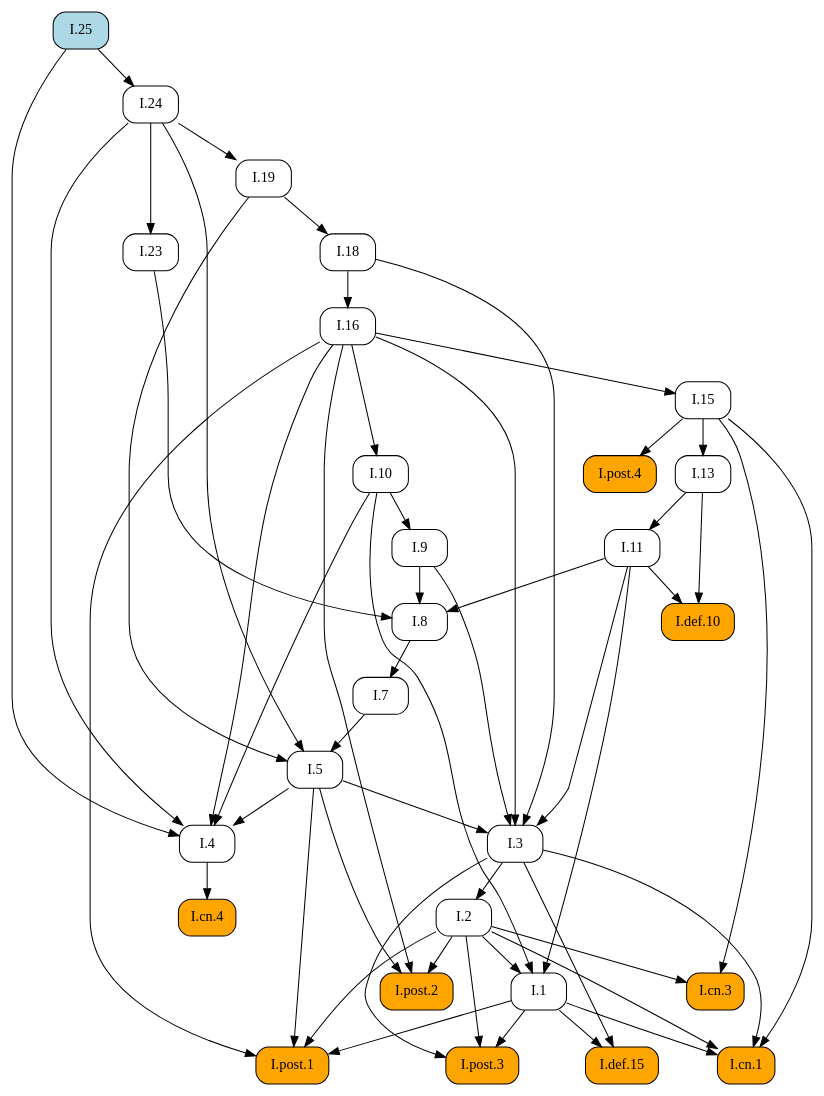
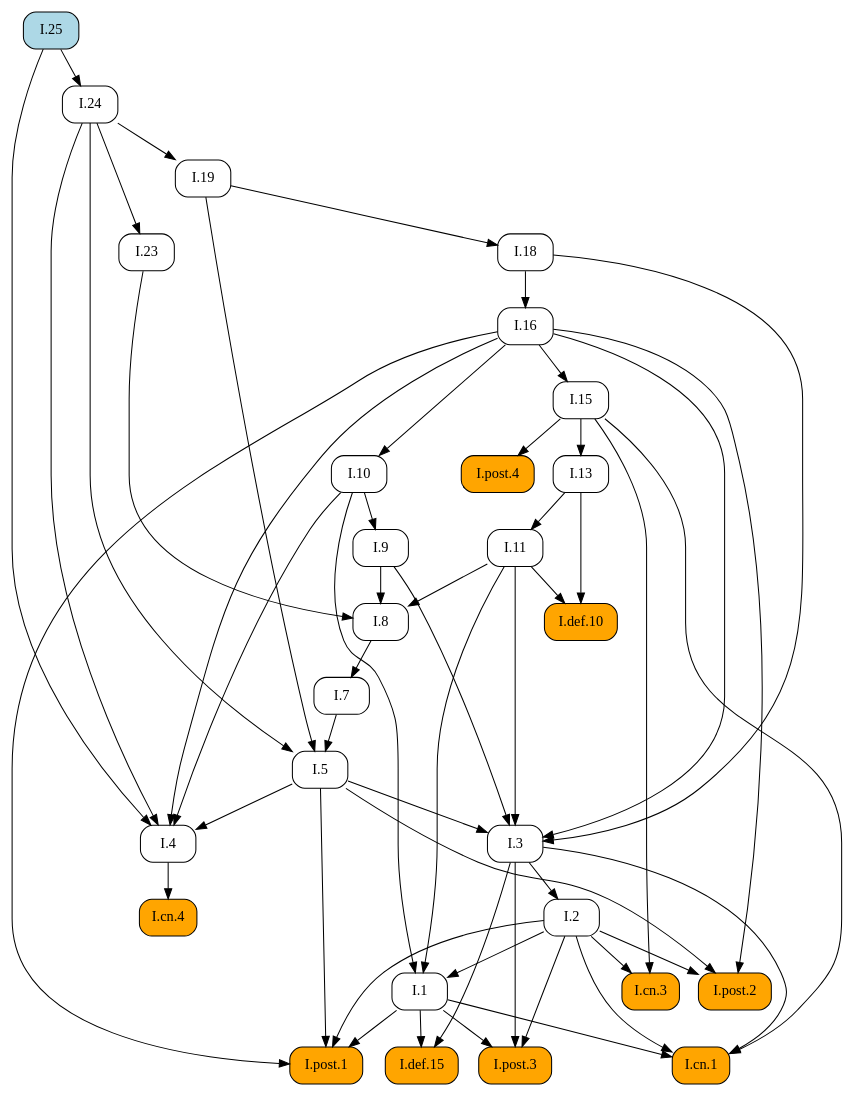
The diagram in docsrc/heath/I/25/index.rst (geometor/elements), drawn with Graphviz before and after one commit. The commit also changed other lines of this file and 1029 other files, not shown here.

```diff
--- a/docsrc/heath/I/25/index.rst
+++ b/docsrc/heath/I/25/index.rst
@@ -45,84 +45,84 @@
    digraph {
      rankdir="TB";
      node [shape=box, style=rounded];
+     "I.def.10" [style="rounded,filled", fillcolor=orange, URL="/heath/I/def.10/", target="_top"];
+     "I.11" [URL="/heath/I/11/", target="_top"];
+     "I.post.4" [style="rounded,filled", fillcolor=orange, URL="/heath/I/post.4/", target="_top"];
+     "I.1" [URL="/heath/I/1/", target="_top"];
+     "I.7" [URL="/heath/I/7/", target="_top"];
+     "I.3" [URL="/heath/I/3/", target="_top"];
+     "I.24" [URL="/heath/I/24/", target="_top"];
+     "I.2" [URL="/heath/I/2/", target="_top"];
+     "I.4" [URL="/heath/I/4/", target="_top"];
      "I.13" [URL="/heath/I/13/", target="_top"];
+     "I.post.2" [style="rounded,filled", fillcolor=orange, URL="/heath/I/post.2/", target="_top"];
+     "I.18" [URL="/heath/I/18/", target="_top"];
+     "I.16" [URL="/heath/I/16/", target="_top"];
+     "I.def.15" [style="rounded,filled", fillcolor=orange, URL="/heath/I/def.15/", target="_top"];
+     "I.19" [URL="/heath/I/19/", target="_top"];
+     "I.post.3" [style="rounded,filled", fillcolor=orange, URL="/heath/I/post.3/", target="_top"];
+     "I.9" [URL="/heath/I/9/", target="_top"];
+     "I.cn.1" [style="rounded,filled", fillcolor=orange, URL="/heath/I/cn.1/", target="_top"];
      "I.cn.3" [style="rounded,filled", fillcolor=orange, URL="/heath/I/cn.3/", target="_top"];
+     "I.8" [URL="/heath/I/8/", target="_top"];
+     "I.cn.4" [style="rounded,filled", fillcolor=orange, URL="/heath/I/cn.4/", target="_top"];
+     "I.25" [style="rounded,filled", fillcolor=lightblue, URL="/heath/I/25/", target="_top"];
+     "I.23" [URL="/heath/I/23/", target="_top"];
+     "I.15" [URL="/heath/I/15/", target="_top"];
+     "I.post.1" [style="rounded,filled", fillcolor=orange, URL="/heath/I/post.1/", target="_top"];
+     "I.10" [URL="/heath/I/10/", target="_top"];
      "I.5" [URL="/heath/I/5/", target="_top"];
-     "I.11" [URL="/heath/I/11/", target="_top"];
-     "I.7" [URL="/heath/I/7/", target="_top"];
-     "I.10" [URL="/heath/I/10/", target="_top"];
-     "I.4" [URL="/heath/I/4/", target="_top"];
-     "I.3" [URL="/heath/I/3/", target="_top"];
-     "I.16" [URL="/heath/I/16/", target="_top"];
-     "I.8" [URL="/heath/I/8/", target="_top"];
-     "I.9" [URL="/heath/I/9/", target="_top"];
-     "I.def.10" [style="rounded,filled", fillcolor=orange, URL="/heath/I/def.10/", target="_top"];
-     "I.25" [style="rounded,filled", fillcolor=lightblue, URL="/heath/I/25/", target="_top"];
-     "I.post.4" [style="rounded,filled", fillcolor=orange, URL="/heath/I/post.4/", target="_top"];
-     "I.post.2" [style="rounded,filled", fillcolor=orange, URL="/heath/I/post.2/", target="_top"];
-     "I.2" [URL="/heath/I/2/", target="_top"];
-     "I.def.15" [style="rounded,filled", fillcolor=orange, URL="/heath/I/def.15/", target="_top"];
-     "I.1" [URL="/heath/I/1/", target="_top"];
-     "I.post.3" [style="rounded,filled", fillcolor=orange, URL="/heath/I/post.3/", target="_top"];
-     "I.post.1" [style="rounded,filled", fillcolor=orange, URL="/heath/I/post.1/", target="_top"];
-     "I.24" [URL="/heath/I/24/", target="_top"];
-     "I.cn.4" [style="rounded,filled", fillcolor=orange, URL="/heath/I/cn.4/", target="_top"];
-     "I.cn.1" [style="rounded,filled", fillcolor=orange, URL="/heath/I/cn.1/", target="_top"];
-     "I.15" [URL="/heath/I/15/", target="_top"];
-     "I.19" [URL="/heath/I/19/", target="_top"];
-     "I.18" [URL="/heath/I/18/", target="_top"];
-     "I.23" [URL="/heath/I/23/", target="_top"];
-     "I.15" -> "I.13";
-     "I.2" -> "I.cn.3";
-     "I.15" -> "I.cn.3";
-     "I.7" -> "I.5";
-     "I.19" -> "I.5";
-     "I.24" -> "I.5";
+     "I.11" -> "I.def.10";
+     "I.13" -> "I.def.10";
      "I.13" -> "I.11";
+     "I.15" -> "I.post.4";
+     "I.2" -> "I.1";
+     "I.10" -> "I.1";
+     "I.11" -> "I.1";
      "I.8" -> "I.7";
-     "I.16" -> "I.10";
+     "I.5" -> "I.3";
+     "I.9" -> "I.3";
+     "I.11" -> "I.3";
+     "I.16" -> "I.3";
+     "I.18" -> "I.3";
+     "I.25" -> "I.24";
+     "I.3" -> "I.2";
      "I.5" -> "I.4";
      "I.10" -> "I.4";
      "I.16" -> "I.4";
      "I.24" -> "I.4";
      "I.25" -> "I.4";
-     "I.5" -> "I.3";
-     "I.9" -> "I.3";
-     "I.11" -> "I.3";
-     "I.16" -> "I.3";
-     "I.18" -> "I.3";
+     "I.15" -> "I.13";
+     "I.2" -> "I.post.2";
+     "I.5" -> "I.post.2";
+     "I.16" -> "I.post.2";
+     "I.19" -> "I.18";
      "I.18" -> "I.16";
+     "I.1" -> "I.def.15";
+     "I.3" -> "I.def.15";
+     "I.24" -> "I.19";
+     "I.1" -> "I.post.3";
+     "I.2" -> "I.post.3";
+     "I.3" -> "I.post.3";
+     "I.10" -> "I.9";
+     "I.1" -> "I.cn.1";
+     "I.2" -> "I.cn.1";
+     "I.3" -> "I.cn.1";
+     "I.15" -> "I.cn.1";
+     "I.2" -> "I.cn.3";
+     "I.15" -> "I.cn.3";
      "I.9" -> "I.8";
      "I.11" -> "I.8";
      "I.23" -> "I.8";
-     "I.10" -> "I.9";
-     "I.11" -> "I.def.10";
-     "I.13" -> "I.def.10";
-     "I.15" -> "I.post.4";
-     "I.2" -> "I.post.2";
-     "I.5" -> "I.post.2";
-     "I.16" -> "I.post.2";
-     "I.3" -> "I.2";
-     "I.1" -> "I.def.15";
-     "I.3" -> "I.def.15";
-     "I.2" -> "I.1";
-     "I.10" -> "I.1";
-     "I.11" -> "I.1";
-     "I.1" -> "I.post.3";
-     "I.2" -> "I.post.3";
-     "I.3" -> "I.post.3";
+     "I.4" -> "I.cn.4";
+     "I.24" -> "I.23";
+     "I.16" -> "I.15";
      "I.1" -> "I.post.1";
      "I.2" -> "I.post.1";
      "I.5" -> "I.post.1";
      "I.16" -> "I.post.1";
-     "I.25" -> "I.24";
-     "I.4" -> "I.cn.4";
-     "I.1" -> "I.cn.1";
-     "I.2" -> "I.cn.1";
-     "I.3" -> "I.cn.1";
-     "I.15" -> "I.cn.1";
-     "I.16" -> "I.15";
-     "I.24" -> "I.19";
-     "I.19" -> "I.18";
-     "I.24" -> "I.23";
+     "I.16" -> "I.10";
+     "I.7" -> "I.5";
+     "I.19" -> "I.5";
+     "I.24" -> "I.5";
    }
```
